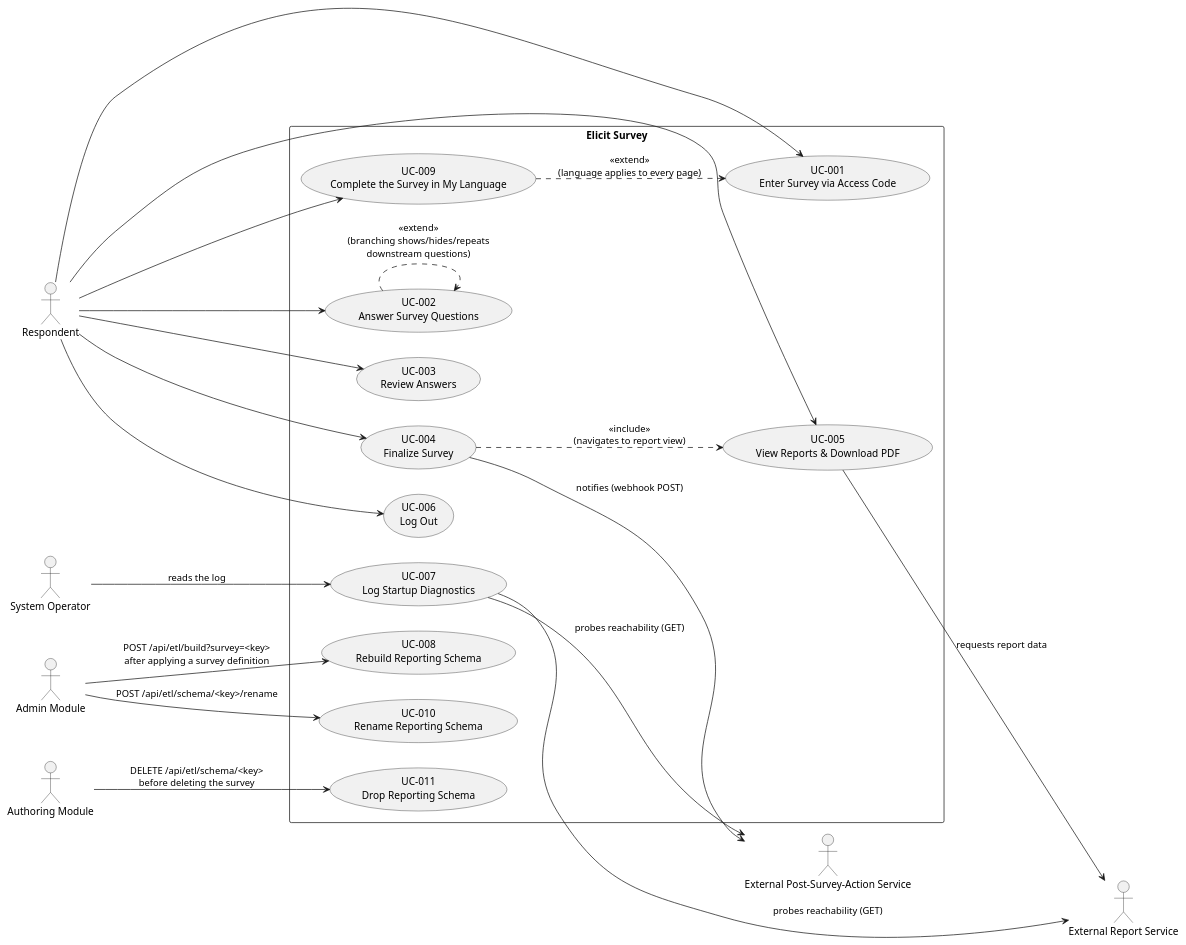
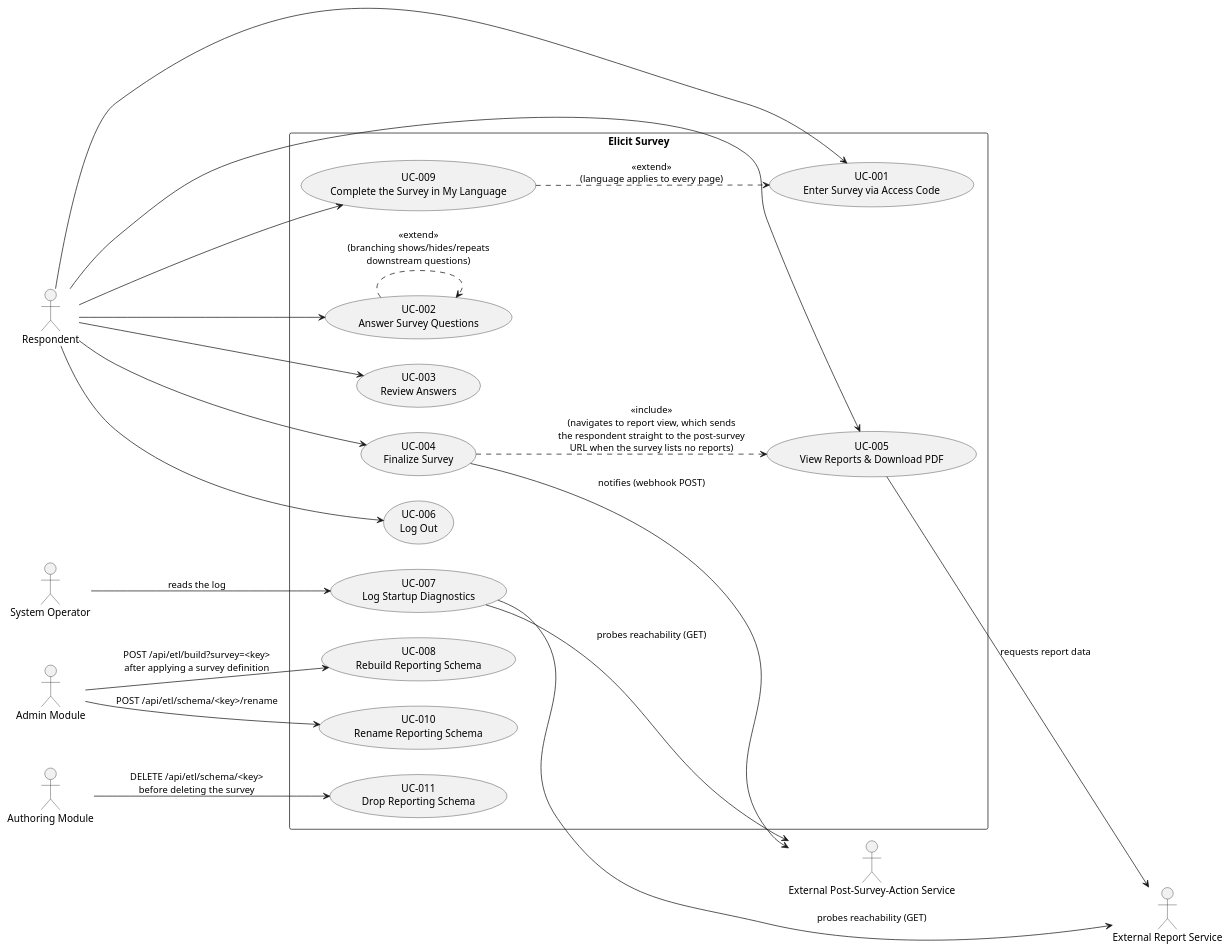
One commit to ElicitSoftware/Survey changed the diagram in docs/use_cases.puml. Above: the diagram before and after it, drawn with PlantUML. The commit also changed 10 other files, not shown here.

First line of the commit message:
Skip the report page when a survey lists no reports

```diff
--- a/docs/use_cases.puml
+++ b/docs/use_cases.puml
@@ -1,47 +1,47 @@
 @startuml
 left to right direction
 skinparam packageStyle rectangle
 
 actor "Respondent" as Respondent
 actor "External Report Service" as ReportSvc
 actor "External Post-Survey-Action Service" as PsaSvc
 actor "System Operator" as Operator
 actor "Admin Module" as AdminApp
 actor "Authoring Module" as AuthorApp
 
 rectangle "Elicit Survey" {
   usecase "UC-001\nEnter Survey via Access Code" as UC001
   usecase "UC-002\nAnswer Survey Questions" as UC002
   usecase "UC-003\nReview Answers" as UC003
   usecase "UC-004\nFinalize Survey" as UC004
   usecase "UC-005\nView Reports & Download PDF" as UC005
   usecase "UC-006\nLog Out" as UC006
   usecase "UC-007\nLog Startup Diagnostics" as UC007
   usecase "UC-008\nRebuild Reporting Schema" as UC008
   usecase "UC-009\nComplete the Survey in My Language" as UC009
   usecase "UC-010\nRename Reporting Schema" as UC010
   usecase "UC-011\nDrop Reporting Schema" as UC011
 }
 
 Respondent --> UC001
 Respondent --> UC002
 Respondent --> UC003
 Respondent --> UC004
 Respondent --> UC005
 Respondent --> UC006
 Operator --> UC007 : reads the log
 AdminApp --> UC008 : POST /api/etl/build?survey=<key>\nafter applying a survey definition
 AdminApp --> UC010 : POST /api/etl/schema/<key>/rename
 AuthorApp --> UC011 : DELETE /api/etl/schema/<key>\nbefore deleting the survey
 Respondent --> UC009
 
-UC004 ..> UC005 : <<include>>\n(navigates to report view)
+UC004 ..> UC005 : <<include>>\n(navigates to report view, which sends\nthe respondent straight to the post-survey\nURL when the survey lists no reports)
 UC009 ..> UC001 : <<extend>>\n(language applies to every page)
 UC002 ..> UC002 : <<extend>>\n(branching shows/hides/repeats\ndownstream questions)
 
 UC004 --> PsaSvc : notifies (webhook POST)
 UC005 --> ReportSvc : requests report data
 UC007 --> ReportSvc : probes reachability (GET)
 UC007 --> PsaSvc : probes reachability (GET)
 
 @enduml
```
